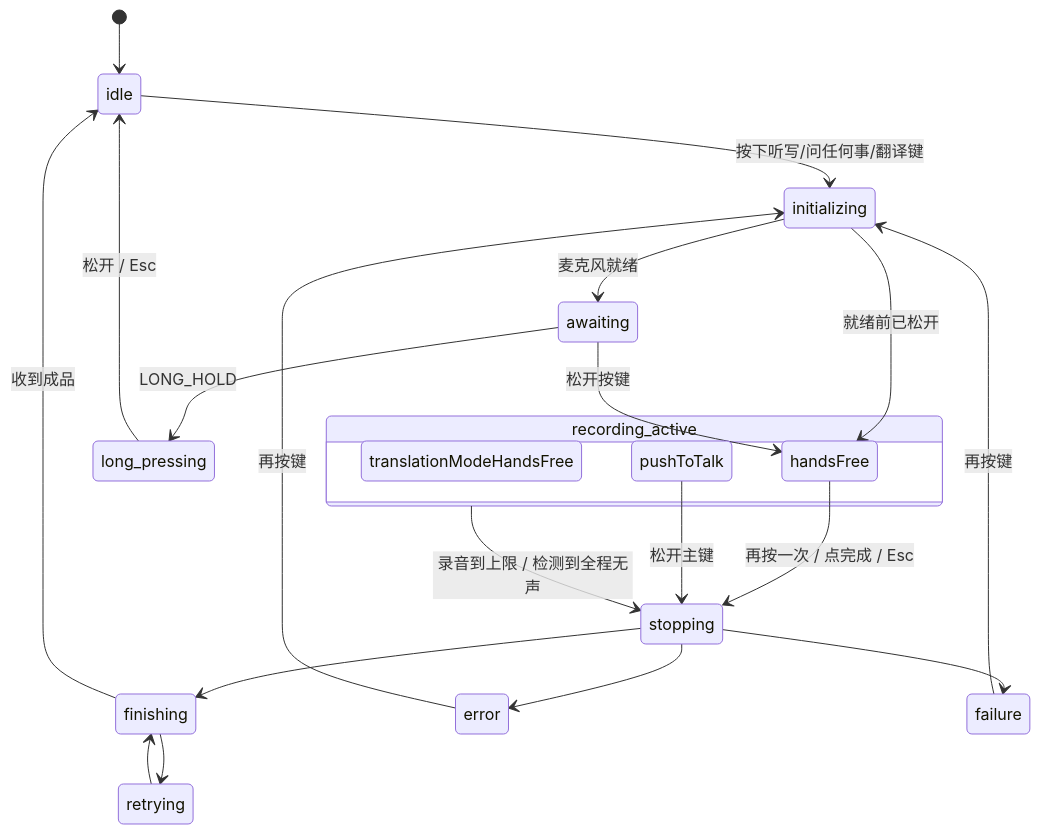
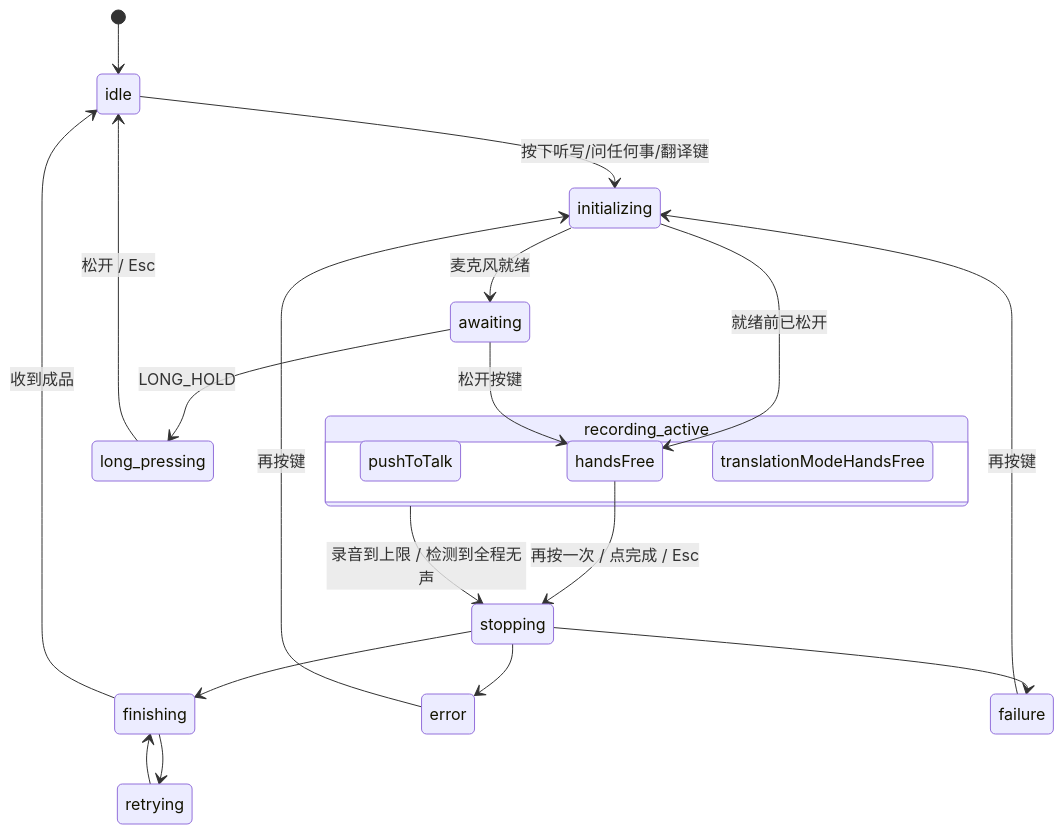
Before and after one commit to GavinMo1/speakmore: the second of 2 diagrams in targets/typeless/docs/10-interaction-state-machine.md, drawn with Mermaid. The commit also changed other lines of this file and 11 other files, not shown here.

````diff
--- a/targets/typeless/docs/10-interaction-state-machine.md
+++ b/targets/typeless/docs/10-interaction-state-machine.md
@@ -35,26 +36,25 @@
 ```mermaid
 stateDiagram-v2
   [*] --> idle
   idle --> initializing: 按下听写/问任何事/翻译键
   initializing --> awaiting: 麦克风就绪
   initializing --> handsFree: 就绪前已松开
   awaiting --> handsFree: 松开按键
   awaiting --> long_pressing: LONG_HOLD
   long_pressing --> idle: 松开 / Esc
   state recording_active {
     pushToTalk
     handsFree
     translationModeHandsFree
   }
   handsFree --> stopping: 再按一次 / 点完成 / Esc
-  pushToTalk --> stopping: 松开主键
   recording_active --> stopping: 录音到上限 / 检测到全程无声
   stopping --> finishing
   stopping --> error
   stopping --> failure
   finishing --> idle: 收到成品
   finishing --> retrying
   retrying --> finishing
   error --> initializing: 再按键
   failure --> initializing: 再按键
 ```
````
